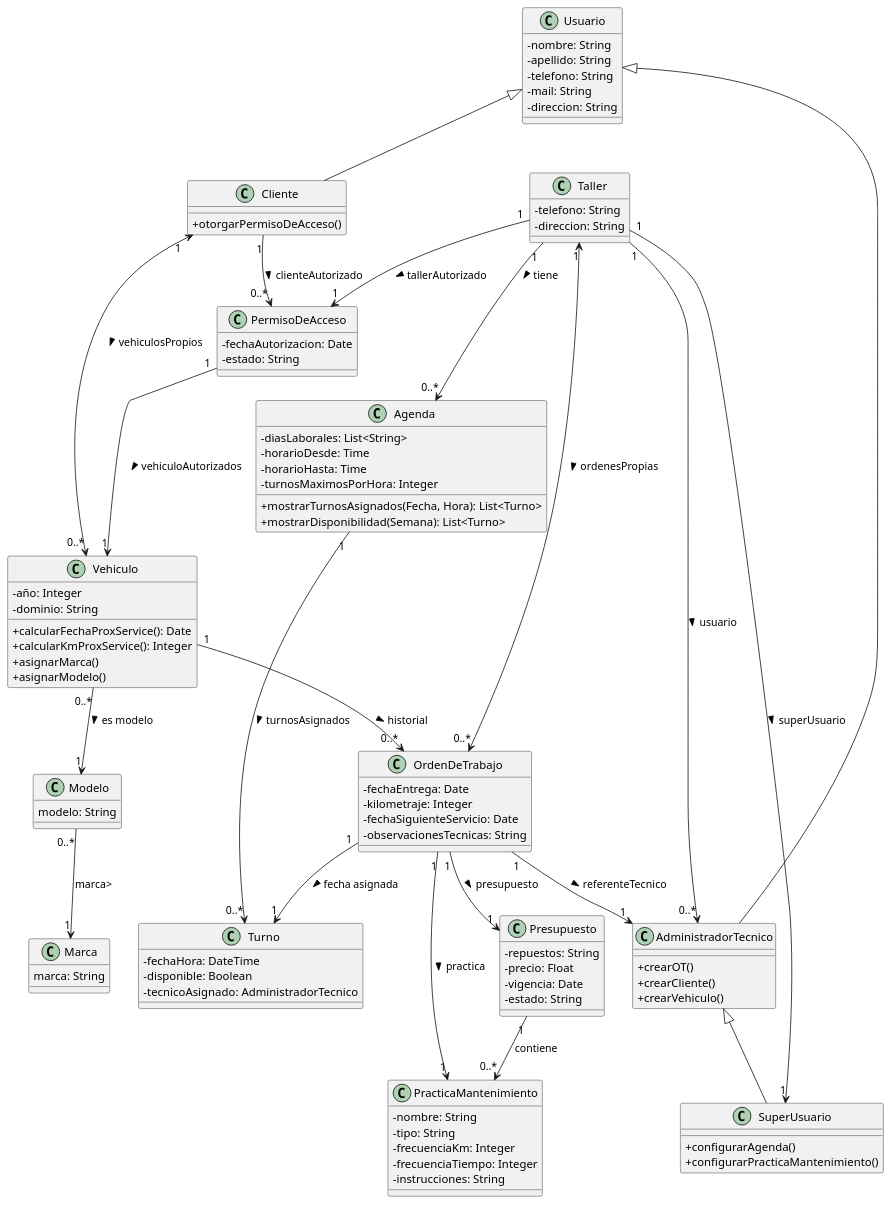
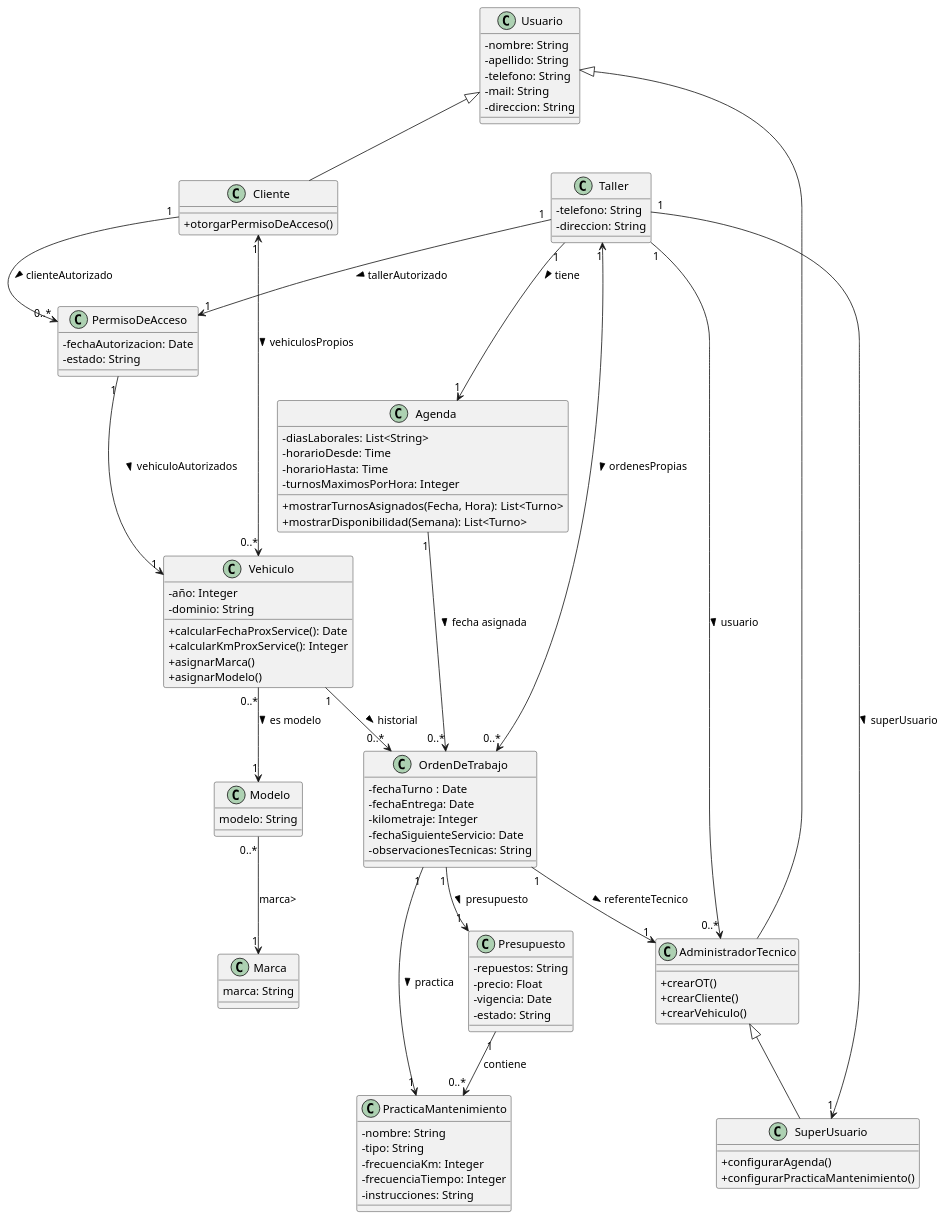
The diagram in BACKEND/UML/autologUML.puml (alexisbelesia/proyecto-Autolog), drawn with PlantUML before and after one commit. The commit also changed 14 other files, not shown here.

```diff
--- a/BACKEND/UML/autologUML.puml
+++ b/BACKEND/UML/autologUML.puml
@@ -1,127 +1,123 @@
 @startuml Autolog
 skinparam classAttributeIconSize 0
 
 class Vehiculo {
   - año: Integer
   - dominio: String
   
   
   + calcularFechaProxService(): Date
   + calcularKmProxService(): Integer
   + asignarMarca()
   + asignarModelo()
 }
 class Marca {
   marca: String
 }
 
 class Modelo {
   modelo: String
 }
 class Usuario {
   - nombre: String
   - apellido: String
   - telefono: String
   - mail: String
   - direccion: String
 }
 
 class OrdenDeTrabajo {
   
+  - fechaTurno : Date
   - fechaEntrega: Date
   - kilometraje: Integer
   - fechaSiguienteServicio: Date
   - observacionesTecnicas: String
 
   
 }
 
 class Taller {
   - telefono: String
   - direccion: String
  
 }
 class Cliente {
   + otorgarPermisoDeAcceso()
 }
 class AdministradorTecnico {
     
     
     + crearOT()
     + crearCliente()
     + crearVehiculo()
 }
 
 class SuperUsuario {
     + configurarAgenda()
     + configurarPracticaMantenimiento()
 }
 
 
 class PermisoDeAcceso {
   - fechaAutorizacion: Date
   - estado: String
 }
 
 class PracticaMantenimiento {
   - nombre: String
   - tipo: String
   - frecuenciaKm: Integer
   - frecuenciaTiempo: Integer
   - instrucciones: String
 }
 
 class Presupuesto {
   - repuestos: String
   - precio: Float
   - vigencia: Date
   - estado: String
 }
 
 class Agenda {
   - diasLaborales: List<String>
   - horarioDesde: Time
   - horarioHasta: Time
   - turnosMaximosPorHora: Integer
 
   + mostrarTurnosAsignados(Fecha, Hora): List<Turno>
   + mostrarDisponibilidad(Semana): List<Turno>
 }
 
-class Turno {
-  - fechaHora: DateTime
-  - disponible: Boolean
-  - tecnicoAsignado: AdministradorTecnico
-}
 
 ' Relaciones
 Usuario <|-- Cliente
 Usuario <|-- AdministradorTecnico
 Cliente "1" <--> "0..*" Vehiculo : vehiculosPropios >
 Cliente "1" --> "0..*" PermisoDeAcceso : clienteAutorizado >
 
 AdministradorTecnico <|-- SuperUsuario
 
 Vehiculo "1" --> "0..*" OrdenDeTrabajo : historial >
 Vehiculo "0..*" --> "1" Modelo: es modelo > 
 
 Modelo "0..*"--> "1" Marca: marca>
 
 OrdenDeTrabajo "1" --> "1" AdministradorTecnico : referenteTecnico >
 OrdenDeTrabajo "1" --> "1" PracticaMantenimiento : practica >
 OrdenDeTrabajo "1" --> "1" Presupuesto : presupuesto >
-OrdenDeTrabajo "1" --> "1" Turno : fecha asignada >
 
 Taller "1" <--> "0..*" OrdenDeTrabajo : ordenesPropias >
 Taller "1" --> "1" SuperUsuario : superUsuario >
 Taller "1" --> "0..*" AdministradorTecnico : usuario >
-Taller "1" --> "0..*" Agenda : tiene >
+Taller "1" --> "1" Agenda : tiene >
 
 
 PermisoDeAcceso "1" --> "1" Vehiculo : vehiculoAutorizados >
 Taller "1" --> "1" PermisoDeAcceso : tallerAutorizado >
-Agenda "1" --> "0..*" Turno : turnosAsignados >
+
+Agenda "1" --> "0..*" OrdenDeTrabajo : fecha asignada >
 
 Presupuesto "1" --> "0..*" PracticaMantenimiento : contiene
 
 @enduml
```
